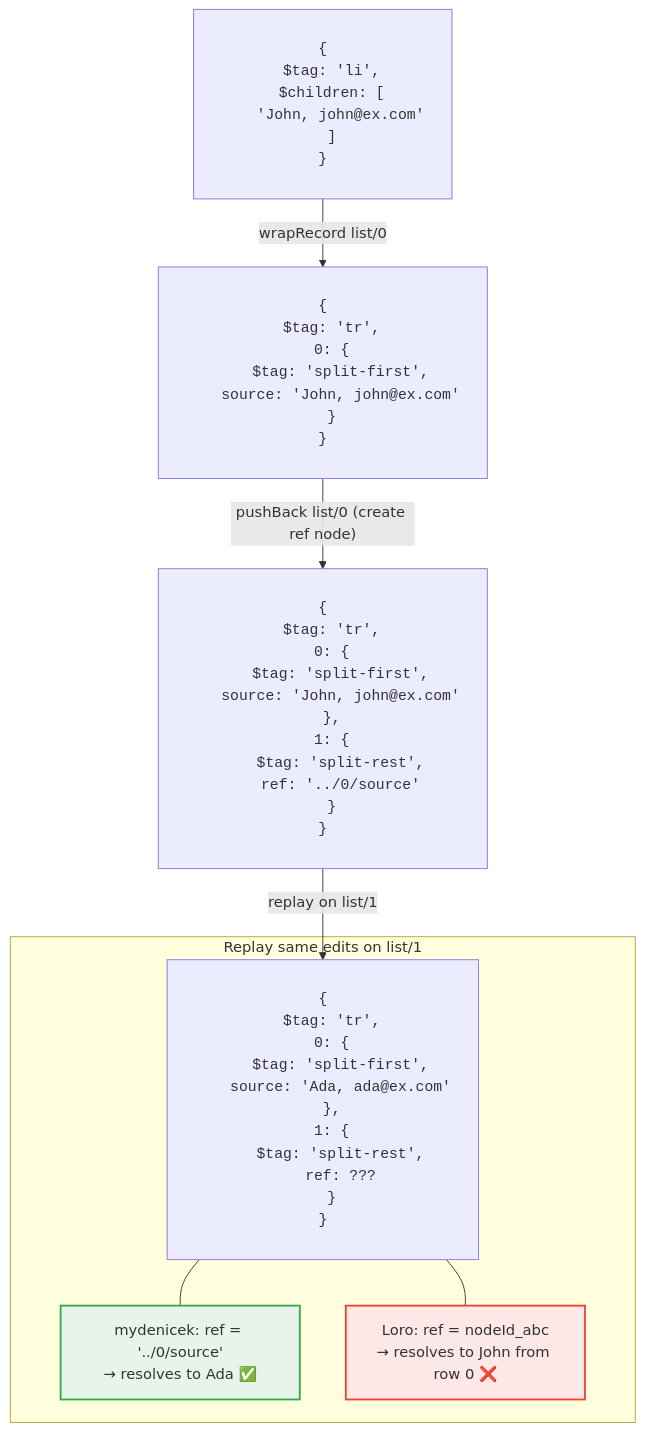
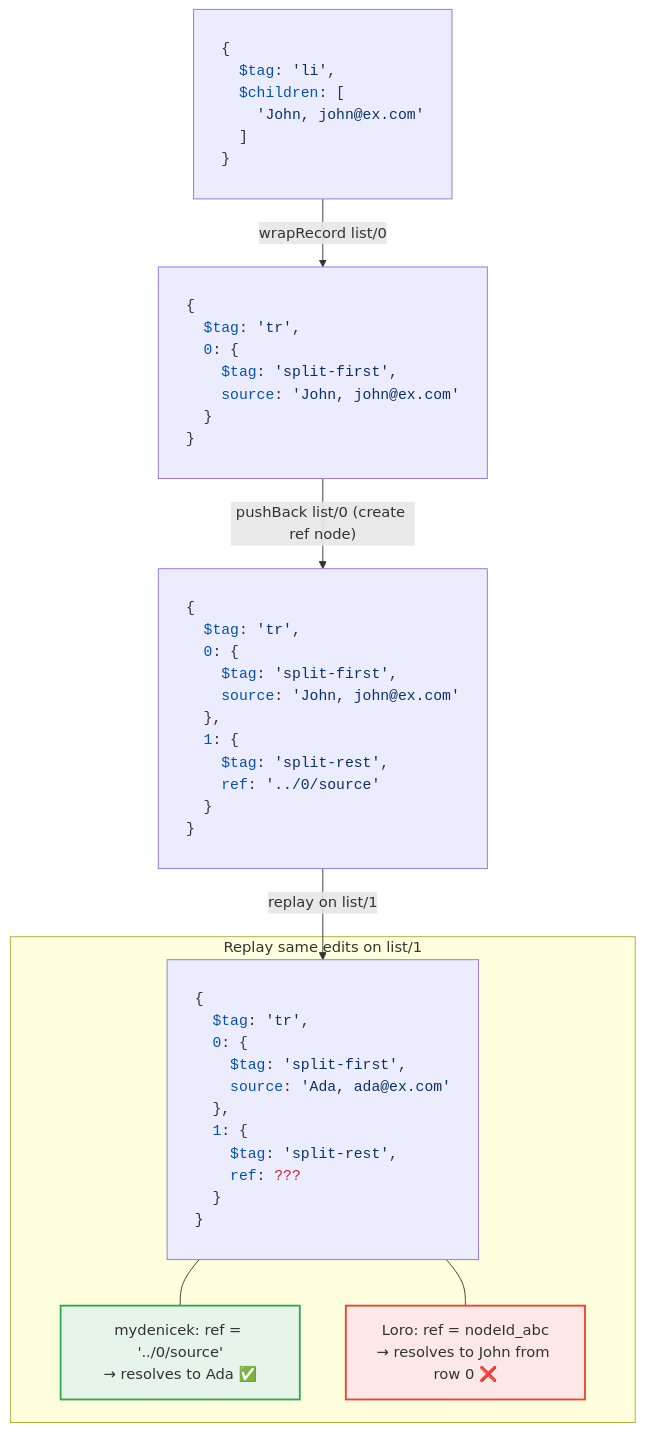
Before and after one commit to krsion/master-thesis: the diagram in img/retargeting.mmd, drawn with Mermaid. The commit also changed 1 other file, not shown here.

Commit message:
Left-align and syntax-highlight JSON in retargeting diagram
Keys in blue, string values in dark blue, ??? in red.

```diff
--- a/img/retargeting.mmd
+++ b/img/retargeting.mmd
@@ -1,61 +1,62 @@
+%%{init: {'themeVariables': {'fontFamily': 'monospace'}}}%%
 graph TB
-    S1["<pre>
+    S1["<pre style='text-align:left'>
 {
-  $tag: 'li',
-  $children: [
-    'John, john@ex.com'
+  <span style='color:#0550ae'>$tag</span>: <span style='color:#0a3069'>'li'</span>,
+  <span style='color:#0550ae'>$children</span>: [
+    <span style='color:#0a3069'>'John, john@ex.com'</span>
   ]
 }
 </pre>"]
-    S2["<pre>
+    S2["<pre style='text-align:left'>
 {
-  $tag: 'tr',
-  0: {
-    $tag: 'split-first',
-    source: 'John, john@ex.com'
+  <span style='color:#0550ae'>$tag</span>: <span style='color:#0a3069'>'tr'</span>,
+  <span style='color:#0550ae'>0</span>: {
+    <span style='color:#0550ae'>$tag</span>: <span style='color:#0a3069'>'split-first'</span>,
+    <span style='color:#0550ae'>source</span>: <span style='color:#0a3069'>'John, john@ex.com'</span>
   }
 }
 </pre>"]
-    S3["<pre>
+    S3["<pre style='text-align:left'>
 {
-  $tag: 'tr',
-  0: {
-    $tag: 'split-first',
-    source: 'John, john@ex.com'
+  <span style='color:#0550ae'>$tag</span>: <span style='color:#0a3069'>'tr'</span>,
+  <span style='color:#0550ae'>0</span>: {
+    <span style='color:#0550ae'>$tag</span>: <span style='color:#0a3069'>'split-first'</span>,
+    <span style='color:#0550ae'>source</span>: <span style='color:#0a3069'>'John, john@ex.com'</span>
   },
-  1: {
-    $tag: 'split-rest',
-    ref: '../0/source'
+  <span style='color:#0550ae'>1</span>: {
+    <span style='color:#0550ae'>$tag</span>: <span style='color:#0a3069'>'split-rest'</span>,
+    <span style='color:#0550ae'>ref</span>: <span style='color:#0a3069'>'../0/source'</span>
   }
 }
 </pre>"]
 
     S1 -- "wrapRecord list/0" --> S2
     S2 -- "pushBack list/0 (create ref node)" --> S3
 
     subgraph replay["Replay same edits on list/1"]
-        S4["<pre>
+        S4["<pre style='text-align:left'>
 {
-  $tag: 'tr',
-  0: {
-    $tag: 'split-first',
-    source: 'Ada, ada@ex.com'
+  <span style='color:#0550ae'>$tag</span>: <span style='color:#0a3069'>'tr'</span>,
+  <span style='color:#0550ae'>0</span>: {
+    <span style='color:#0550ae'>$tag</span>: <span style='color:#0a3069'>'split-first'</span>,
+    <span style='color:#0550ae'>source</span>: <span style='color:#0a3069'>'Ada, ada@ex.com'</span>
   },
-  1: {
-    $tag: 'split-rest',
-    ref: ???
+  <span style='color:#0550ae'>1</span>: {
+    <span style='color:#0550ae'>$tag</span>: <span style='color:#0a3069'>'split-rest'</span>,
+    <span style='color:#0550ae'>ref</span>: <span style='color:#cf222e'>???</span>
   }
 }
 </pre>"]
         OK["mydenicek: ref = '../0/source'
 → resolves to Ada ✅"]
         BAD["Loro: ref = nodeId_abc
 → resolves to John from row 0 ❌"]
     end
 
     S3 -- "replay on list/1" --> S4
     S4 --- OK
     S4 --- BAD
 
     style OK fill:#e6f4ea,stroke:#34a853,stroke-width:2px
     style BAD fill:#fce8e6,stroke:#ea4335,stroke-width:2px
```
